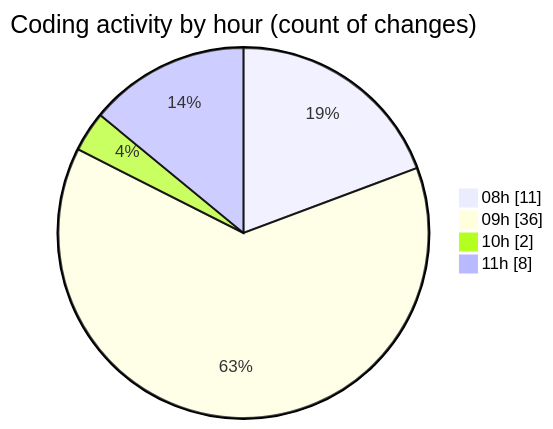
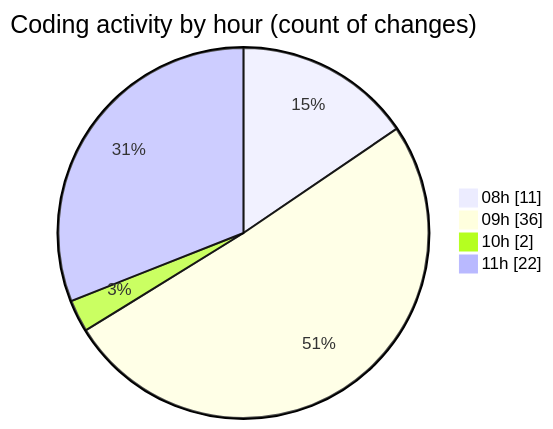
The second of 2 diagrams in 2025-11-15/untitled__workspace_/README.md (MatusMokan/code-tracking), drawn with Mermaid before and after one commit. The commit also changed other lines of this file and 1 other file, not shown here.

````diff
--- a/2025-11-15/untitled__workspace_/README.md
+++ b/2025-11-15/untitled__workspace_/README.md
@@ -36,8 +37,8 @@
 ```mermaid
 pie showData
 title Coding activity by hour (count of changes)
 "08h" : 11
 "09h" : 36
 "10h" : 2
-"11h" : 8
+"11h" : 22
 ```
````
